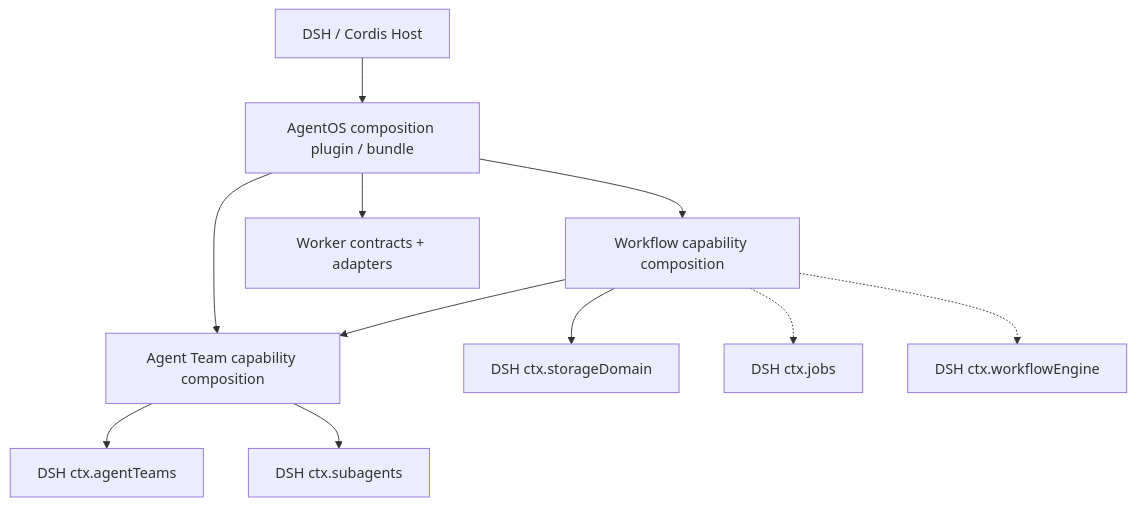
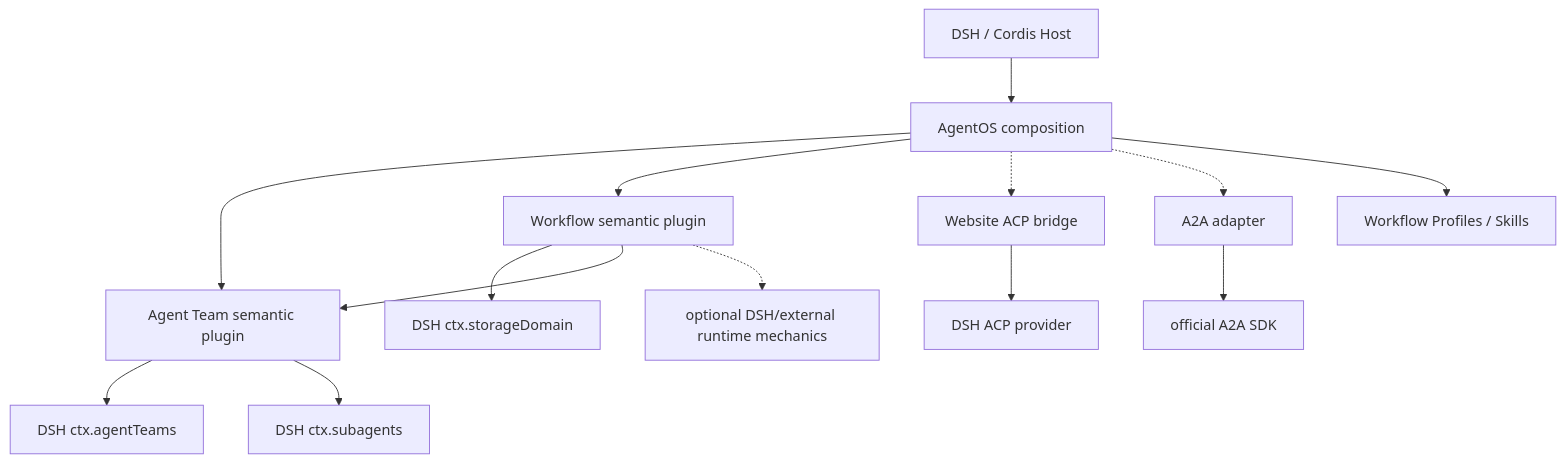
Before and after one commit to tsuuanmi/AgentOS: the diagram in docs/architecture/plugins/README.md, drawn with Mermaid. The commit also changed other lines of this file, not shown here.

Commit message:
docs: make Worker a role and plugins explicit

```diff
--- a/docs/architecture/plugins/README.md
+++ b/docs/architecture/plugins/README.md
@@ -11,21 +11,27 @@
 ~~~mermaid
 flowchart TB
     Host[DSH / Cordis Host]
-    AgentOS[AgentOS composition plugin / bundle]
+    AgentOS[AgentOS composition]
 
-    Team[Agent Team capability composition]
-    Workflow[Workflow capability composition]
-    Worker[Worker contracts + adapters]
+    Team[Agent Team semantic plugin]
+    Workflow[Workflow semantic plugin]
+    Website[Website ACP bridge]
+    A2A[A2A adapter]
+    Profiles[Workflow Profiles / Skills]
 
     Host --> AgentOS
     AgentOS --> Team
     AgentOS --> Workflow
-    AgentOS --> Worker
+    AgentOS -.-> Website
+    AgentOS -.-> A2A
+    AgentOS --> Profiles
 
     Team --> DSHAT[DSH ctx.agentTeams]
     Team --> Sub[DSH ctx.subagents]
+    Website --> ACP[DSH ACP provider]
+    A2A --> A2ASDK[official A2A SDK]
+
     Workflow --> Store[DSH ctx.storageDomain]
-    Workflow -.-> Jobs[DSH ctx.jobs]
-    Workflow -.-> DSHWF[DSH ctx.workflowEngine]
     Workflow --> Team
+    Workflow -.-> Runtime[optional DSH/external runtime mechanics]
 ~~~
```
